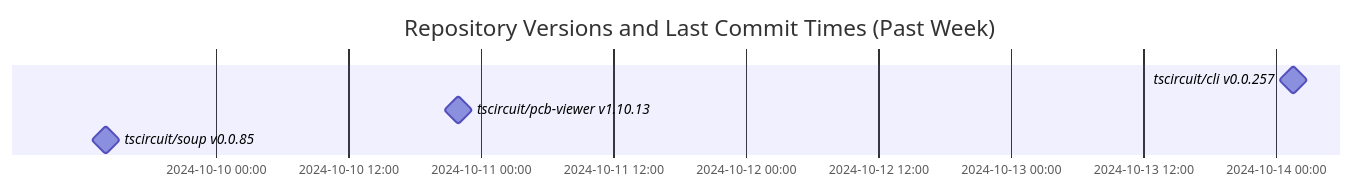
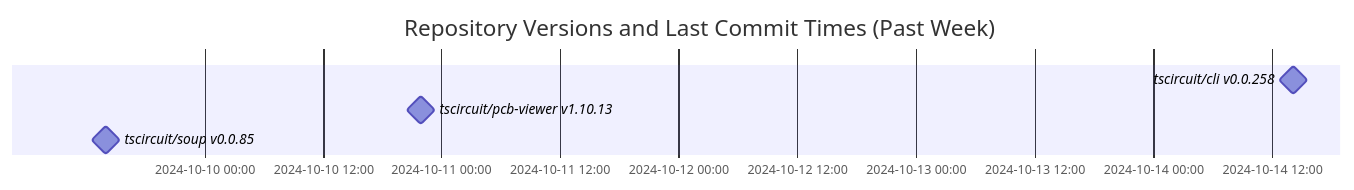
One commit to tscircuit/version-tracker changed the diagram in README.md. Above: the diagram before and after it, drawn with Mermaid.

Commit message:
Update chart

````diff
--- a/README.md
+++ b/README.md
@@ -1,10 +1,10 @@
 ```mermaid
 gantt
   dateFormat  YYYY-MM-DD HH:mm:ss
   title Repository Versions and Last Commit Times (Past Week)
   axisFormat %Y-%m-%d %H:%M
 
-  tscircuit/cli v0.0.257 : milestone, 2024-10-14 01:37:00, 1s
+  tscircuit/cli v0.0.258 : milestone, 2024-10-14 14:12:17, 1s
   tscircuit/pcb-viewer v1.10.13 : milestone, 2024-10-10 21:59:08, 1s
   tscircuit/soup v0.0.85 : milestone, 2024-10-09 14:03:06, 1s
 ```
````
